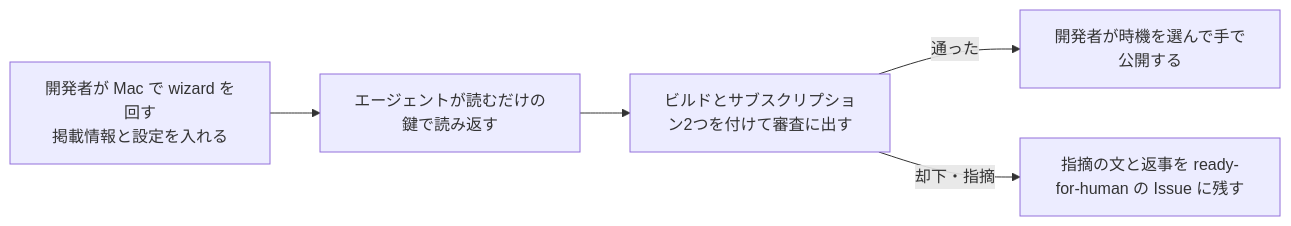
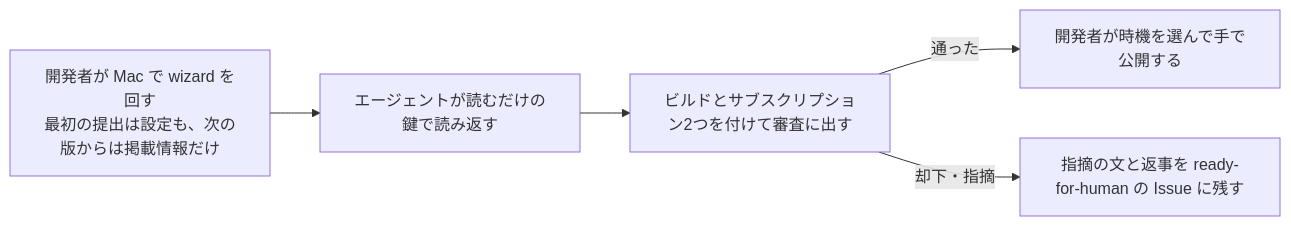
Before and after one commit to gn-t-k/nu-tori: the diagram in docs/agents/ios-release.md, drawn with Mermaid. The commit also changed other lines of this file and 2 other files, not shown here.

First line of the commit message:
main には版ごとに回す掲載情報の wizard だけを置く（#863）

````diff
--- a/docs/agents/ios-release.md
+++ b/docs/agents/ios-release.md
@@ -39,7 +39,7 @@
 ```mermaid
 flowchart LR
-  W["開発者が Mac で wizard を回す<br/>掲載情報と設定を入れる"] --> R["エージェントが読むだけの鍵で読み返す"]
+  W["開発者が Mac で wizard を回す<br/>最初の提出は設定も、次の版からは掲載情報だけ"] --> R["エージェントが読むだけの鍵で読み返す"]
   R --> S["ビルドとサブスクリプション2つを付けて審査に出す"]
   S -->|通った| P["開発者が時機を選んで手で公開する"]
   S -->|却下・指摘| I["指摘の文と返事を ready-for-human の Issue に残す"]
 ```
````
